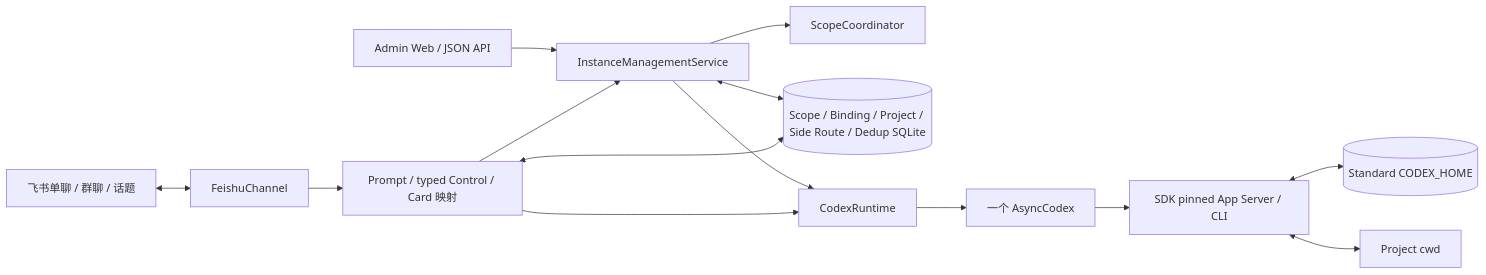
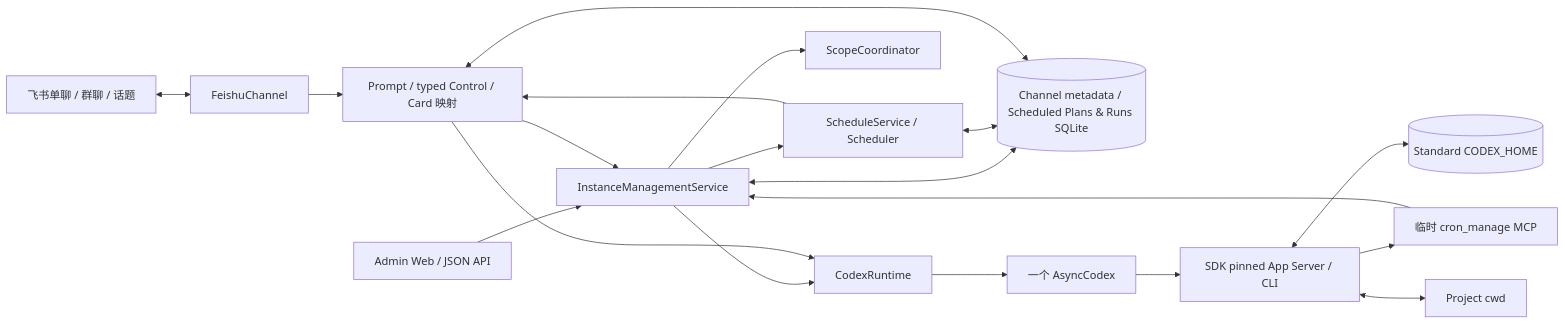
One commit to lijingda/netizen changed the diagram in docs/design.md. Above: the diagram before and after it, drawn with Mermaid. The commit also changed other lines of this file and 61 other files, not shown here.

````diff
--- a/docs/design.md
+++ b/docs/design.md
@@ -15,29 +19,36 @@
 ```mermaid
 flowchart LR
     Lark["飞书单聊 / 群聊 / 话题"]
     Admin["Admin Web / JSON API"]
     Channel["FeishuChannel"]
     UX["Prompt / typed Control / Card 映射"]
     Management["InstanceManagementService"]
+    Schedules["ScheduleService / Scheduler"]
+    MCP["临时 cron_manage MCP"]
     Coordinator["ScopeCoordinator"]
-    DB[("Scope / Binding / Project / Side Route / Dedup SQLite")]
+    DB[("Channel metadata / Scheduled Plans & Runs SQLite")]
     Runtime["CodexRuntime"]
     SDK["一个 AsyncCodex"]
     Backend["SDK pinned App Server / CLI"]
     Home[("Standard CODEX_HOME")]
     Cwd["Project cwd"]
 
     Lark <--> Channel
     Channel --> UX
     Admin --> Management
     UX --> Management
     Management --> Coordinator
     Management <--> DB
     Management --> Runtime
+    Management --> Schedules
+    Schedules <--> DB
+    Schedules --> UX
     UX <--> DB
     UX --> Runtime
     Runtime --> SDK
     SDK --> Backend
+    Backend --> MCP
+    MCP --> Management
     Backend <--> Home
     Backend <--> Cwd
 ```
````
